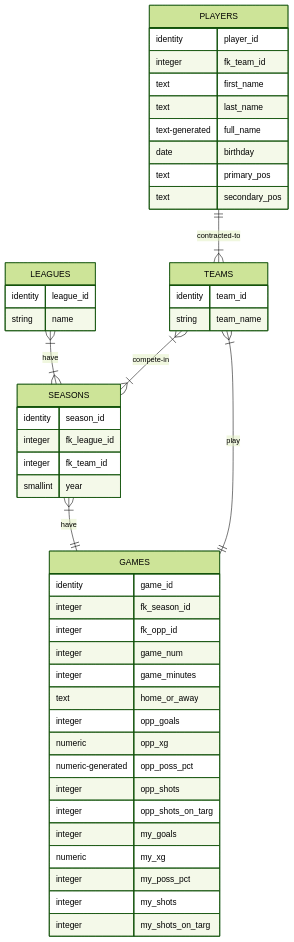
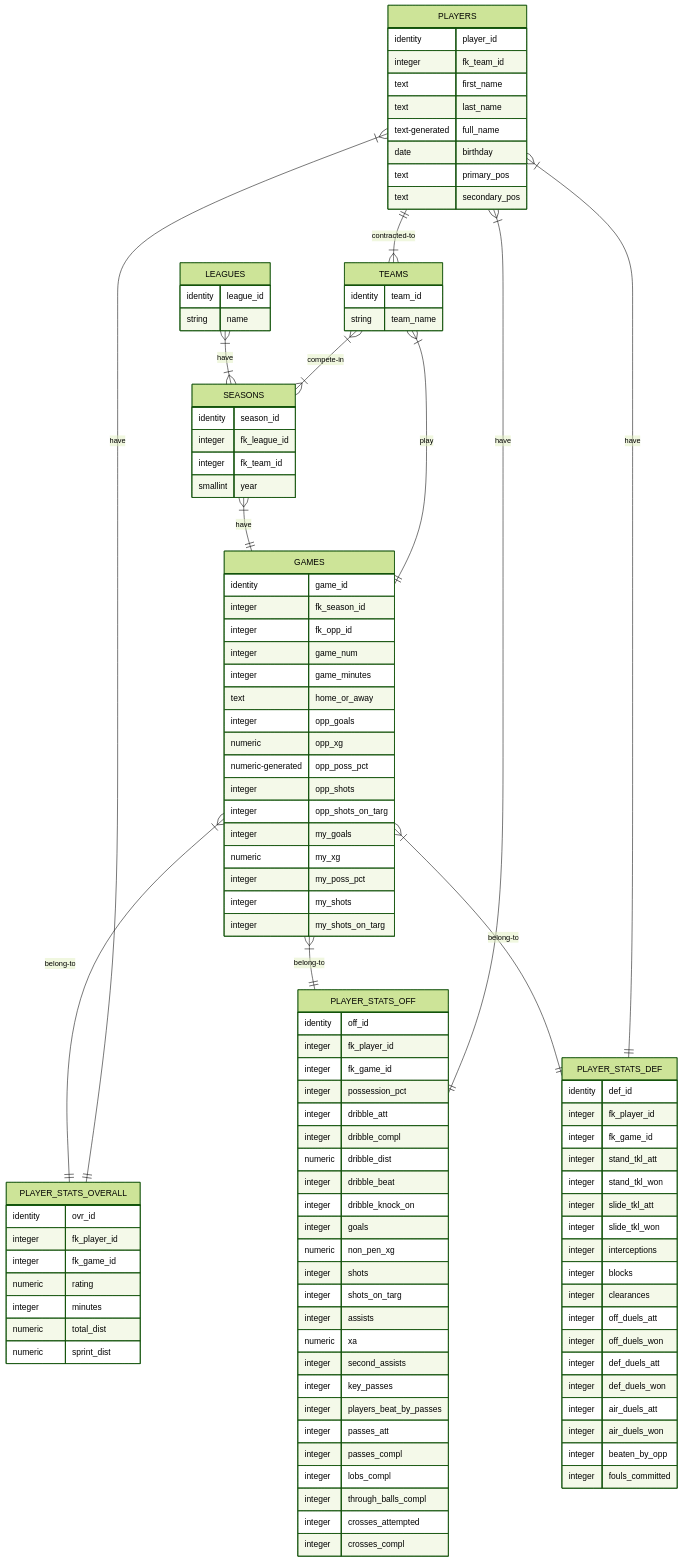
The diagram in README.md (BrandonHoeft/fifa-career-mode-db), drawn with Mermaid (forest theme) before and after one commit.

Commit message:
update: mermaid.js ERD with players_overall,off,def

````diff
--- a/README.md
+++ b/README.md
@@ -57,5 +57,74 @@
             text primary_pos
             text secondary_pos
         }
+    
+    GAMES }|--|| PLAYER_STATS_OVERALL : belong-to
+        PLAYER_STATS_OVERALL {
+            identity ovr_id
+            integer fk_player_id
+            integer fk_game_id
+            numeric rating
+            integer minutes
+            numeric total_dist
+            numeric sprint_dist
+        }
+    PLAYERS }|--|| PLAYER_STATS_OVERALL : have
+ 
+ 
+    GAMES }|--|| PLAYER_STATS_OFF : belong-to
+        PLAYER_STATS_OFF {
+            identity off_id
+            integer fk_player_id
+            integer fk_game_id
+            integer possession_pct
+            integer dribble_att
+            integer dribble_compl
+            numeric dribble_dist
+            integer dribble_beat
+            integer dribble_knock_on
+            integer goals
+            numeric non_pen_xg
+            integer shots
+            integer shots_on_targ
+            integer assists
+            numeric xa
+            integer second_assists
+            integer key_passes
+            integer players_beat_by_passes
+            integer passes_att
+            integer passes_compl
+            integer lobs_compl
+            integer through_balls_compl
+            integer crosses_attempted
+            integer crosses_compl
+            
+        }
+ 
+    PLAYERS }|--|| PLAYER_STATS_OFF : have
+ 
+ 
+    GAMES }|--|| PLAYER_STATS_DEF : belong-to
+        PLAYER_STATS_DEF {
+            identity def_id
+            integer fk_player_id
+            integer fk_game_id
+            integer stand_tkl_att
+            integer stand_tkl_won
+            integer slide_tkl_att
+            integer slide_tkl_won
+            integer interceptions
+            integer blocks
+            integer clearances
+            integer off_duels_att
+            integer off_duels_won
+            integer def_duels_att
+            integer def_duels_won
+            integer air_duels_att
+            integer air_duels_won
+            integer beaten_by_opp
+            integer fouls_committed            
+        }
+ 
+    PLAYERS }|--|| PLAYER_STATS_DEF : have
 
 ```
````
